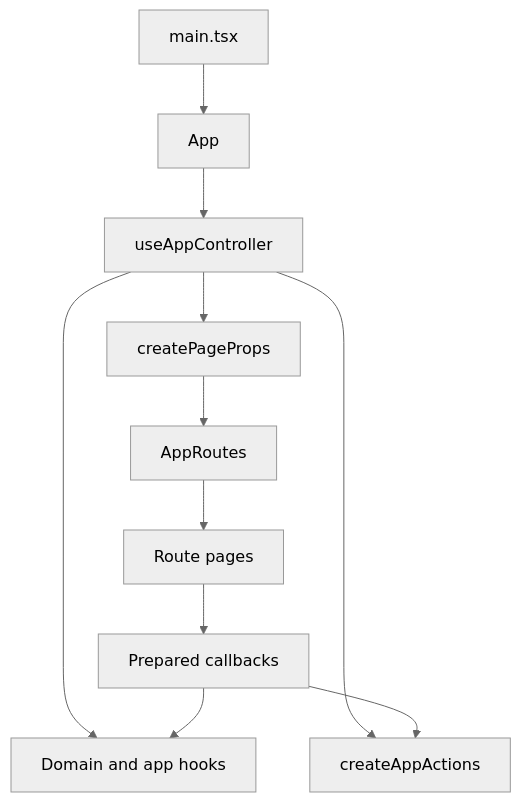
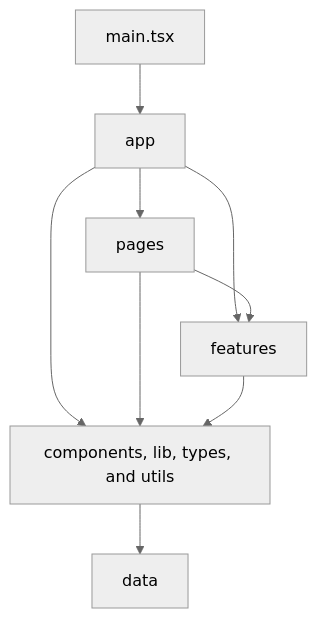
Before and after one commit to eirikenriquez/The-Word-per-Minute: the third of 4 diagrams in docs/architecture.md, drawn with Mermaid (neutral theme). The commit also changed other lines of this file and 2 other files, not shown here.

Commit message:
Update architecture documentation

````diff
--- a/docs/architecture.md
+++ b/docs/architecture.md
@@ -164,13 +130,11 @@
 ```mermaid
 flowchart TD
-  main["main.tsx"] --> root["App"]
-  root --> controller["useAppController"]
-  controller --> hooks["Domain and app hooks"]
-  controller --> actions["createAppActions"]
-  controller --> props["createPageProps"]
-  props --> routes["AppRoutes"]
-  routes --> pages["Route pages"]
-  pages --> callbacks["Prepared callbacks"]
-  callbacks --> actions
-  callbacks --> hooks
+  entry["main.tsx"] --> app["app"]
+  app --> pages["pages"]
+  app --> features["features"]
+  app --> foundations["components, lib, types, and utils"]
+  pages --> features
+  pages --> foundations
+  features --> foundations
+  foundations --> data["data"]
 ```
````
